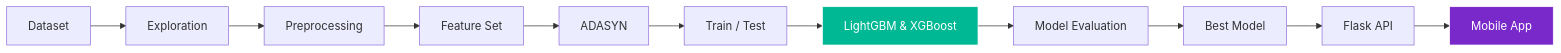
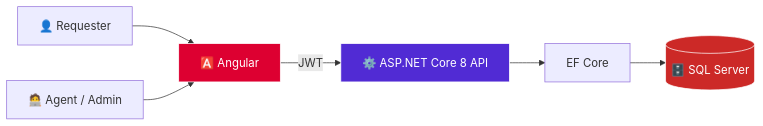
The second of 2 diagrams in README.md (Benny29281/Benny29281), drawn with Mermaid before and after one commit. The commit also changed other lines of this file, not shown here.

````diff
--- a/README.md
+++ b/README.md
@@ -212,8 +256,10 @@
 ```mermaid
 flowchart LR
-    A[Dataset] --> B[Exploration] --> C[Preprocessing] --> D[Feature Set] --> E[ADASYN]
-    E --> F[Train / Test] --> G["LightGBM & XGBoost"] --> H[Model Evaluation] --> I[Best Model]
-    I --> J[Flask API] --> K[Mobile App]
-    style G fill:#00B894,stroke:#fff,color:#fff
-    style K fill:#7928CA,stroke:#fff,color:#fff
+    U["👤 Requester"] --> F["🅰️ Angular"]
+    G["🧑‍💻 Agent / Admin"] --> F
+    F -->|JWT| A["⚙️ ASP.NET Core 8 API"]
+    A --> E["EF Core"] --> S[("🗄️ SQL Server")]
+    style F fill:#DD0031,stroke:#fff,color:#fff
+    style A fill:#512BD4,stroke:#fff,color:#fff
+    style S fill:#CC2927,stroke:#fff,color:#fff
 ```
````
